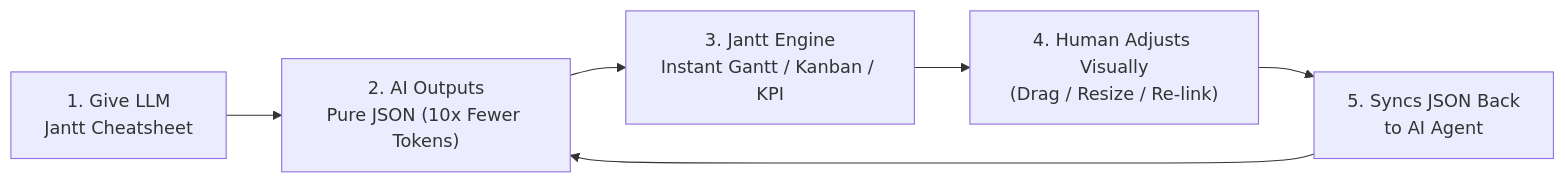
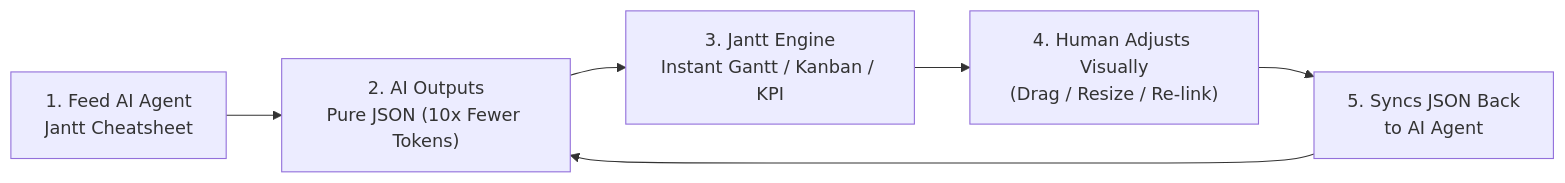
The first of 3 diagrams in README.md (AhmadHassan-BTed/Jantt), drawn with Mermaid before and after one commit. The commit also changed other lines of this file and 6 other files, not shown here.

Commit message:
docs: enrich README with curated screenshots, theme showcase gallery, and vector graphic assets

````diff
--- a/README.md
+++ b/README.md
@@ -39,8 +43,8 @@
 ```mermaid
 flowchart LR
-    A["1. Give LLM<br/>Jantt Cheatsheet"] --> B["2. AI Outputs<br/>Pure JSON (10x Fewer Tokens)"]
+    A["1. Feed AI Agent<br/>Jantt Cheatsheet"] --> B["2. AI Outputs<br/>Pure JSON (10x Fewer Tokens)"]
     B --> C["3. Jantt Engine<br/>Instant Gantt / Kanban / KPI"]
     C --> D["4. Human Adjusts Visually<br/>(Drag / Resize / Re-link)"]
     D --> E["5. Syncs JSON Back<br/>to AI Agent"]
     E --> B
 ```
````
